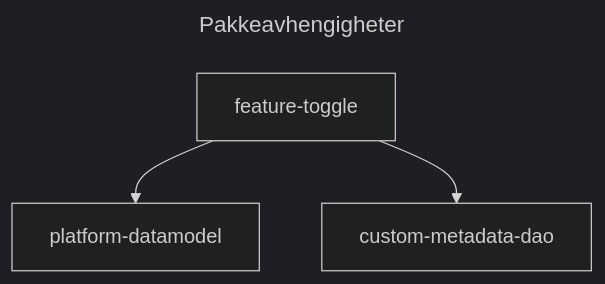
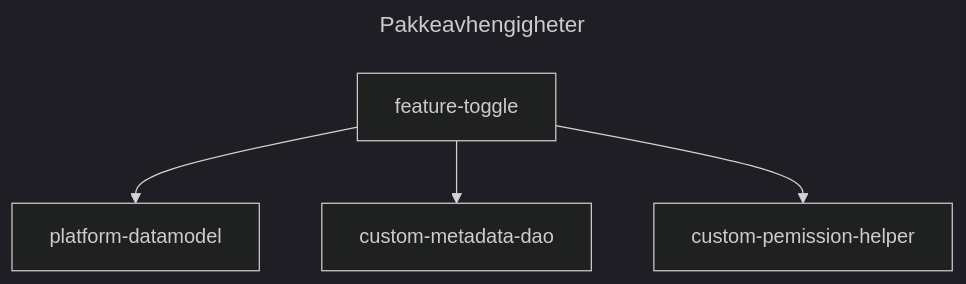
The diagram in src/frameworks/feature-toggle/README.md (navikt/sf-platform), drawn with Mermaid (dark theme) before and after one commit. The commit also changed 3 other files, not shown here.

Commit message:
chore: Oppdatere sfdx-project.json - Fjerne platform-admin da denne ikke er i bruk ennå - Litt standarisering av hvordan ting er organisert - La inn alias for custom-permission-helper - Oppdatere oversikter over pakkeavhengigheter

````diff
--- a/src/frameworks/feature-toggle/README.md
+++ b/src/frameworks/feature-toggle/README.md
@@ -86,8 +86,9 @@
 ```mermaid
 ---
 title: Pakkeavhengigheter
 ---
 graph TD
     feature-toggle --> platform-datamodel;
     feature-toggle --> custom-metadata-dao;
+    feature-toggle --> custom-pemission-helper
 ```
````
